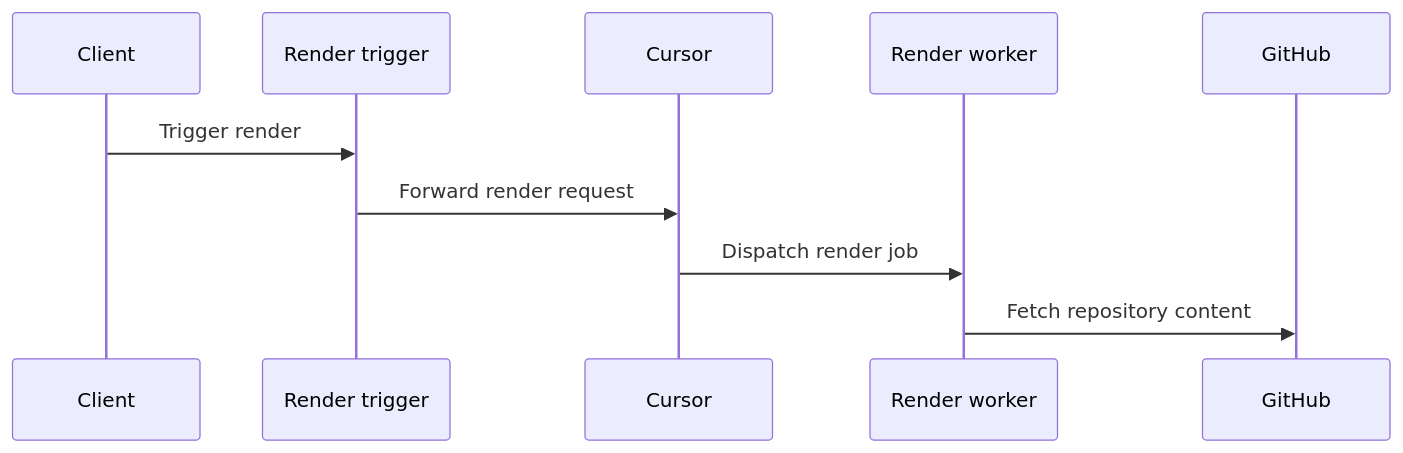
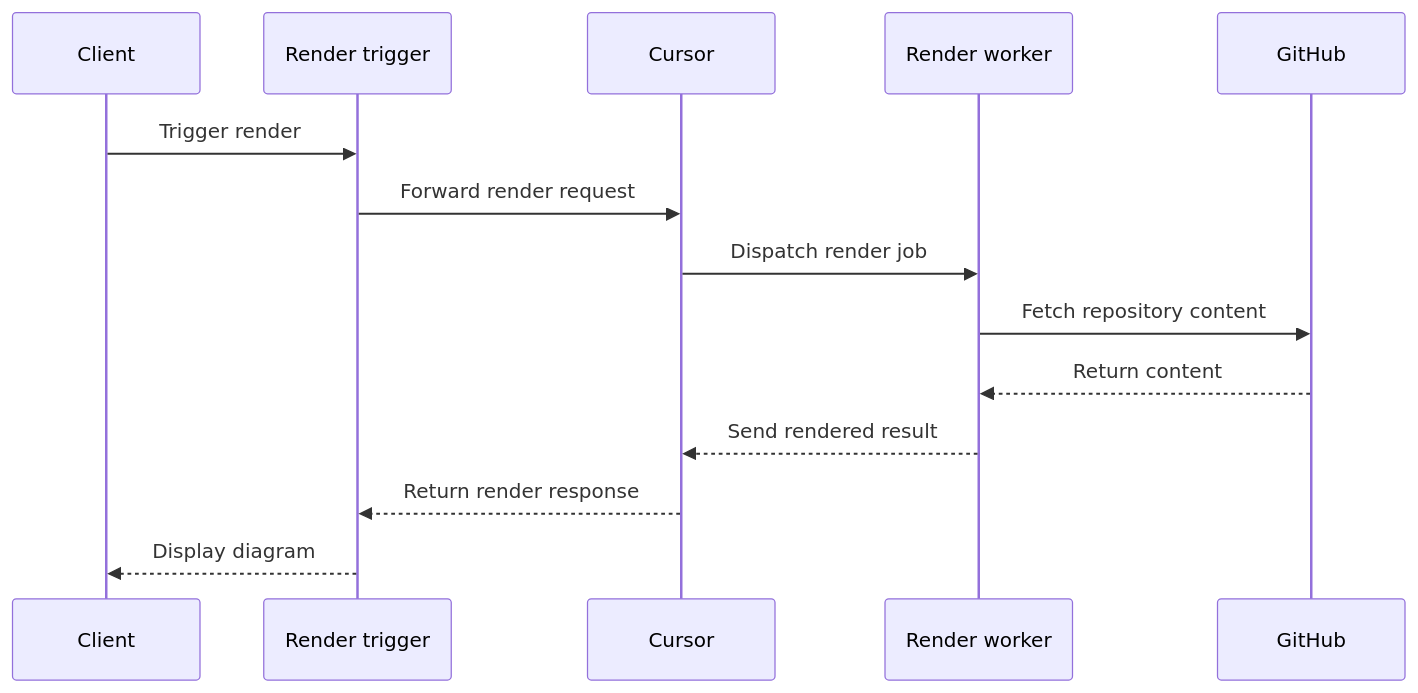
The diagram in README.md (starmorph/mermaid-anywhere), drawn with Mermaid before and after one commit. The commit also changed other lines of this file, not shown here.

Commit message:
Add Mermaid sequence diagram to README

````diff
--- a/README.md
+++ b/README.md
@@ -46,13 +46,17 @@
 ```mermaid
 sequenceDiagram
     participant Client
     participant RenderTrigger as Render trigger
     participant Cursor
     participant RenderWorker as Render worker
     participant GitHub
 
     Client->>RenderTrigger: Trigger render
     RenderTrigger->>Cursor: Forward render request
     Cursor->>RenderWorker: Dispatch render job
     RenderWorker->>GitHub: Fetch repository content
+    GitHub-->>RenderWorker: Return content
+    RenderWorker-->>Cursor: Send rendered result
+    Cursor-->>RenderTrigger: Return render response
+    RenderTrigger-->>Client: Display diagram
 ```
````
